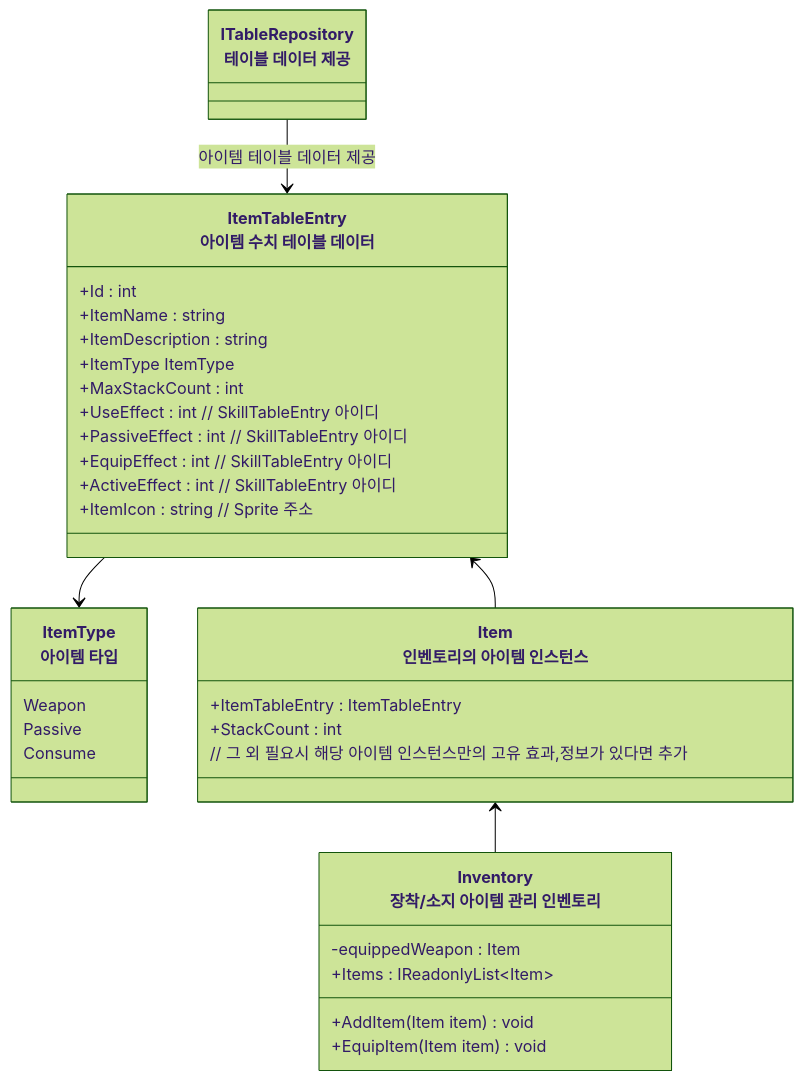
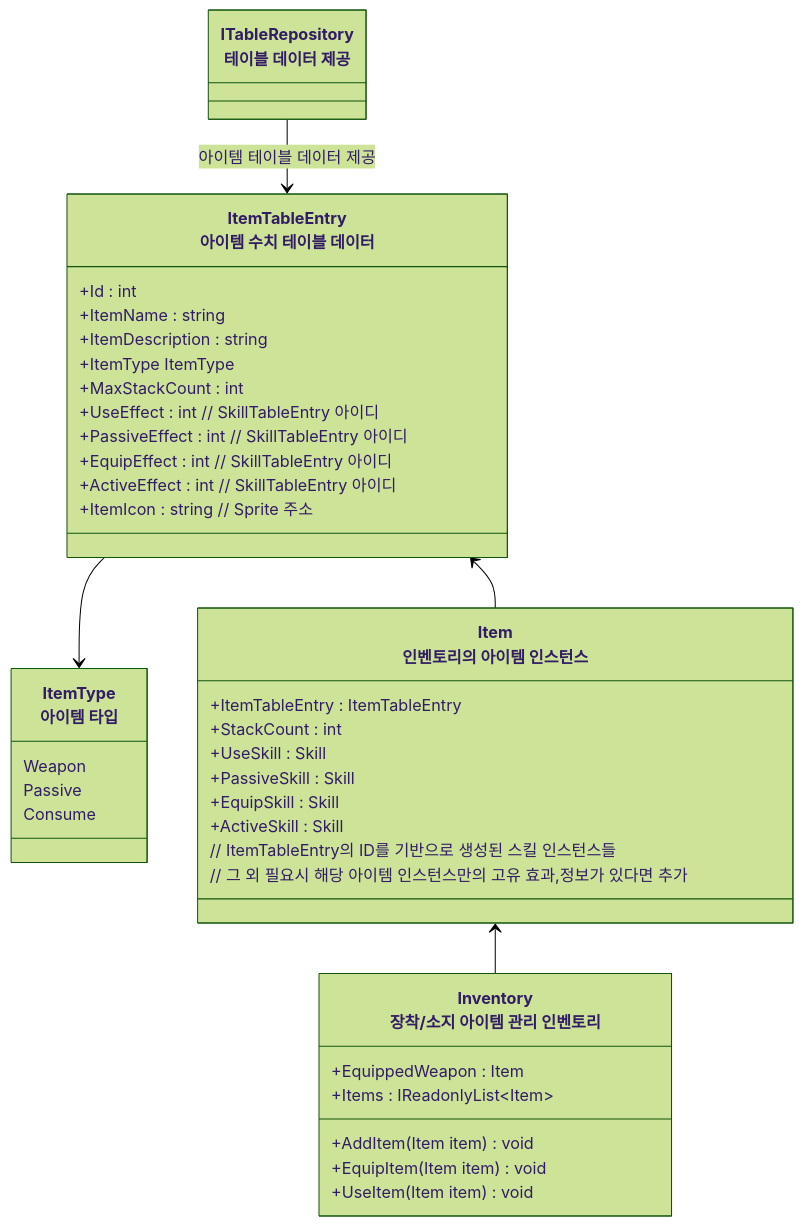
The first of 2 diagrams in README/아이템,인벤토리_설계.md (JIN5EOK/DungeonShooter), drawn with Mermaid (forest theme) before and after one commit. The commit also changed other lines of this file and 2 other files, not shown here.

````diff
--- a/README/아이템,인벤토리_설계.md
+++ b/README/아이템,인벤토리_설계.md
@@ -27,39 +27,45 @@
 ```mermaid
 classDiagram
 	class ItemType["ItemType<br>아이템 타입"]{
 		Weapon
 		Passive
 		Consume
 	}
     class ItemTableEntry["ItemTableEntry<br>아이템 수치 테이블 데이터"]{
 	    +Id : int
 	    +ItemName : string
         +ItemDescription : string
 	    +ItemType ItemType
 	    +MaxStackCount : int
 	    +UseEffect : int // SkillTableEntry 아이디
 	    +PassiveEffect : int // SkillTableEntry 아이디
 	    +EquipEffect : int // SkillTableEntry 아이디
         +ActiveEffect : int // SkillTableEntry 아이디
 	    +ItemIcon : string // Sprite 주소
     }
     
 	class Item["Item<br>인벤토리의 아이템 인스턴스"]{
         +ItemTableEntry : ItemTableEntry
         +StackCount : int
+        +UseSkill : Skill
+        +PassiveSkill : Skill
+        +EquipSkill : Skill
+        +ActiveSkill : Skill
+        // ItemTableEntry의 ID를 기반으로 생성된 스킬 인스턴스들
         // 그 외 필요시 해당 아이템 인스턴스만의 고유 효과,정보가 있다면 추가
     }
 
     class Inventory["Inventory<br>장착/소지 아이템 관리 인벤토리"]{
-        -equippedWeapon : Item
+        +EquippedWeapon : Item
         +Items : IReadonlyList~Item~
         +AddItem(Item item) void
         +EquipItem(Item item) void
+        +UseItem(Item item) void
     }
 	
 	class ITableRepository["ITableRepository<br>테이블 데이터 제공"]
 	ITableRepository --> ItemTableEntry : 아이템 테이블 데이터 제공    
     ItemTableEntry --> ItemType
     ItemTableEntry <-- Item
     Item <-- Inventory
 ```
````
